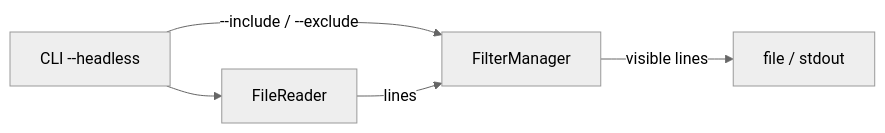
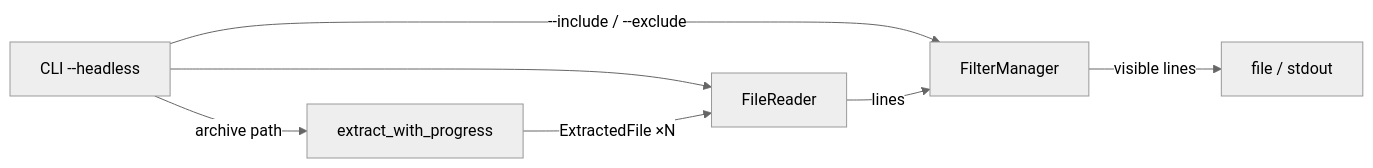
The third of 7 diagrams in ARCHITECTURE.md (pauloremoli/logana), drawn with Mermaid (neutral theme) before and after one commit. The commit also changed other lines of this file and 10 other files, not shown here.

````diff
--- a/ARCHITECTURE.md
+++ b/ARCHITECTURE.md
@@ -139,7 +68,9 @@
 ```mermaid
-flowchart LR
+graph LR
     CLI[CLI --headless] --> FR[FileReader]
     CLI -->|--include / --exclude| FM[FilterManager]
     FR -->|lines| FM
     FM -->|visible lines| Out[file / stdout]
+    CLI -->|archive path| Decomp[extract_with_progress]
+    Decomp -->|ExtractedFile ×N| FR
 ```
````
